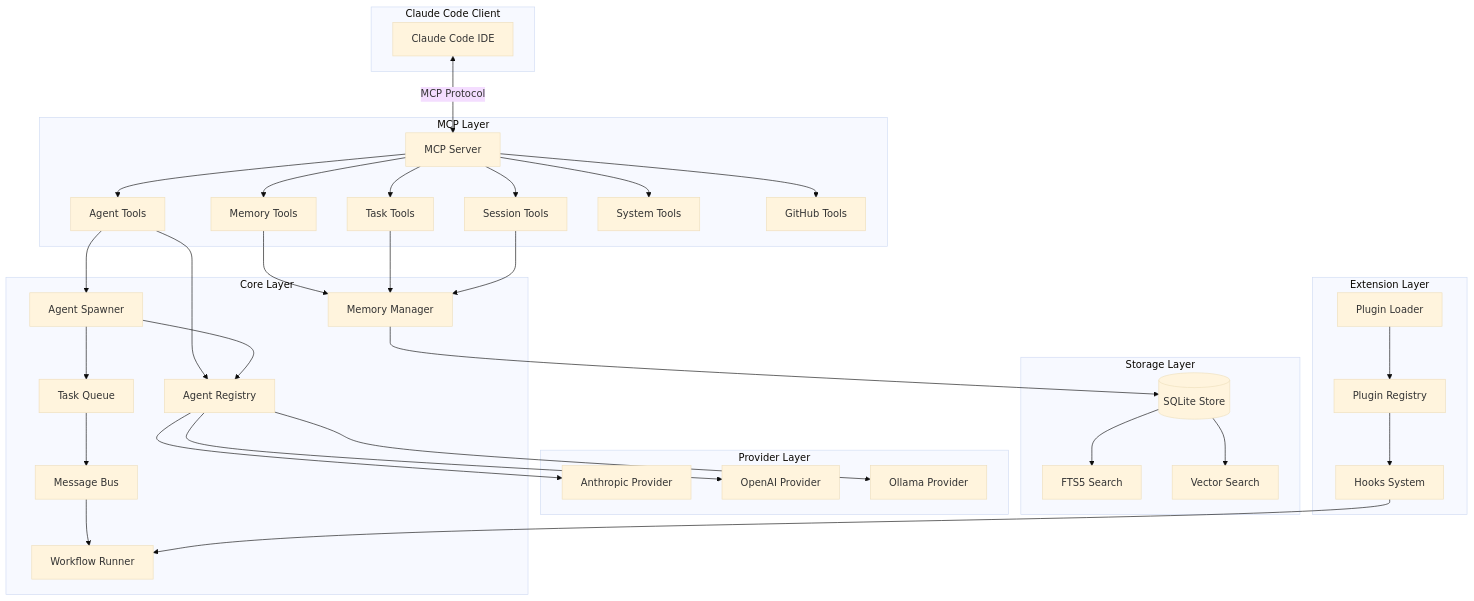
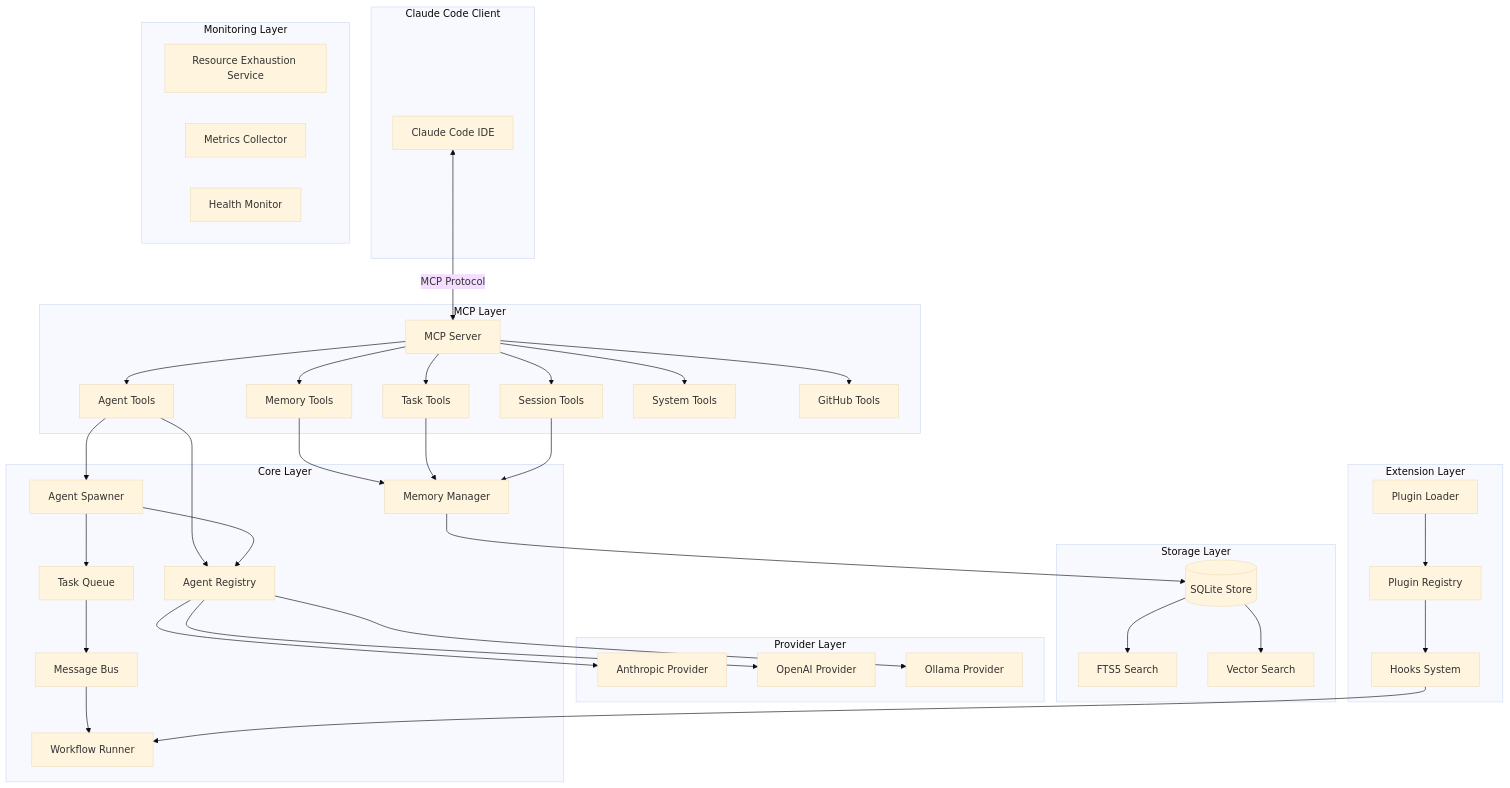
One commit to blackms/aistack changed the third of 5 diagrams in docs/ARCHITECTURE.md. Above: the diagram before and after it, drawn with Mermaid (base theme). The commit also changed other lines of this file and 14 other files, not shown here.

First line of the commit message:
feat: implement resource exhaustion triggers for agent monitoring (#4)

````diff
--- a/docs/ARCHITECTURE.md
+++ b/docs/ARCHITECTURE.md
@@ -71,66 +71,72 @@
 ```mermaid
 flowchart TB
     subgraph "Claude Code Client"
         CC[Claude Code IDE]
     end
 
     subgraph "MCP Layer"
         MCP[MCP Server]
         AT[Agent Tools]
         MT[Memory Tools]
         TT[Task Tools]
         ST[Session Tools]
         SYS[System Tools]
         GH[GitHub Tools]
     end
 
     subgraph "Core Layer"
         AR[Agent Registry]
         AS[Agent Spawner]
         MM[Memory Manager]
         TQ[Task Queue]
         MB[Message Bus]
         WR[Workflow Runner]
     end
 
     subgraph "Storage Layer"
         SQL[(SQLite Store)]
         FTS[FTS5 Search]
         VS[Vector Search]
     end
 
     subgraph "Provider Layer"
         AP[Anthropic Provider]
         OP[OpenAI Provider]
         OL[Ollama Provider]
     end
 
+    subgraph "Monitoring Layer"
+        RES[Resource Exhaustion Service]
+        MET[Metrics Collector]
+        HLT[Health Monitor]
+    end
+
     subgraph "Extension Layer"
         PL[Plugin Loader]
         PR[Plugin Registry]
         HK[Hooks System]
     end
 
     CC <-->|MCP Protocol| MCP
     MCP --> AT & MT & TT & ST & SYS & GH
 
     AT --> AR & AS
     MT --> MM
     TT --> MM
     ST --> MM
 
     AS --> AR
     AS --> TQ
     TQ --> MB
     MB --> WR
 
     MM --> SQL
     SQL --> FTS
     SQL --> VS
 
     AR --> AP & OP & OL
 
     PL --> PR
     PR --> HK
     HK --> WR
 ```
````
